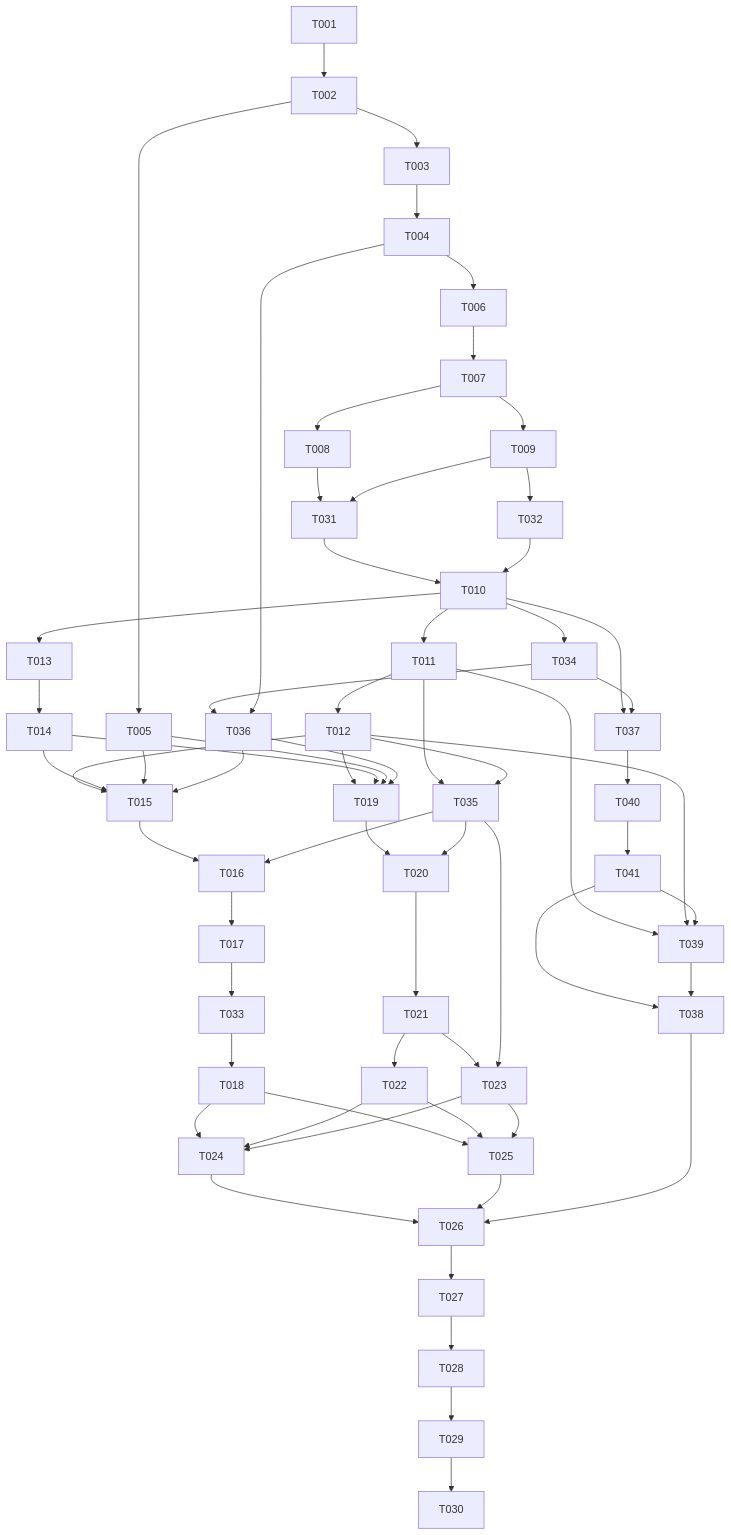
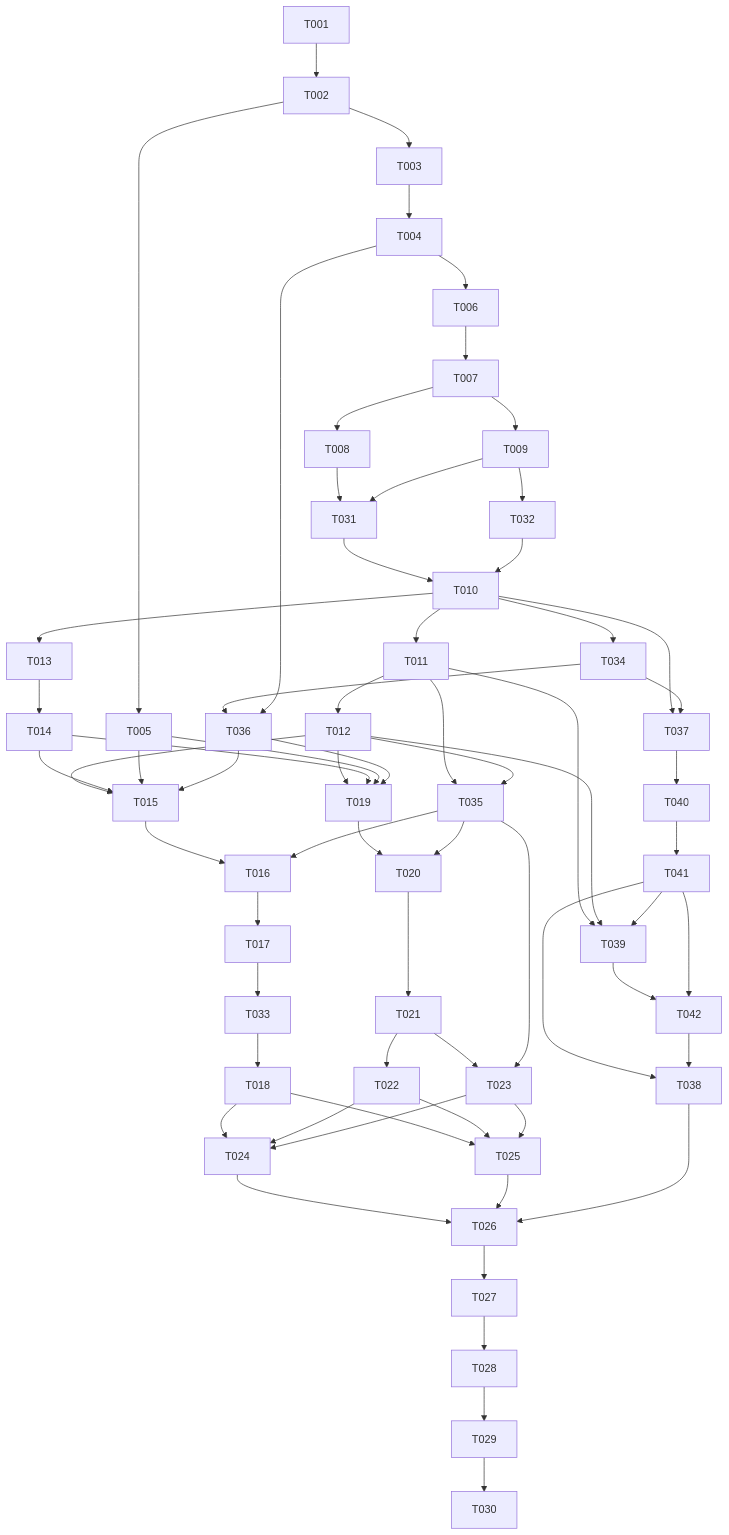
The diagram in docs/tasks/2026-10-13-001-feat-multi-agent-team-tasks.md (ronronner02/multi-agent), drawn with Mermaid before and after one commit. The commit also changed other lines of this file and 1 other file, not shown here.

````diff
--- a/docs/tasks/2026-10-13-001-feat-multi-agent-team-tasks.md
+++ b/docs/tasks/2026-10-13-001-feat-multi-agent-team-tasks.md
@@ -118,53 +118,55 @@
 ```mermaid
 flowchart TD
   T001 --> T002
   T002 --> T003 --> T004 --> T006 --> T007
   T002 --> T005
   T007 --> T008
   T007 --> T009
   T008 --> T031
   T009 --> T031
   T009 --> T032
   T031 --> T010
   T032 --> T010
   T010 --> T011 --> T012
   T010 --> T013 --> T014
   T012 --> T015
   T014 --> T015
   T005 --> T015
   T015 --> T016 --> T017 --> T033 --> T018
   T012 --> T019
   T014 --> T019
   T005 --> T019
   T019 --> T020 --> T021
   T021 --> T022
   T021 --> T023
   T018 --> T024
   T022 --> T024
   T023 --> T024
   T018 --> T025
   T022 --> T025
   T023 --> T025
   T024 --> T026
   T025 --> T026
   T010 --> T034 --> T036
   T010 --> T037
   T034 --> T037
   T037 --> T040
   T040 --> T041
   T041 --> T038
   T011 --> T039
   T012 --> T039
   T041 --> T039
-  T039 --> T038
+  T039 --> T042
+  T041 --> T042
+  T042 --> T038
   T038 --> T026
   T004 --> T036
   T036 --> T015
   T036 --> T019
   T011 --> T035
   T012 --> T035
   T035 --> T016
   T035 --> T020
   T035 --> T023
   T026 --> T027 --> T028 --> T029 --> T030
 ```
````
